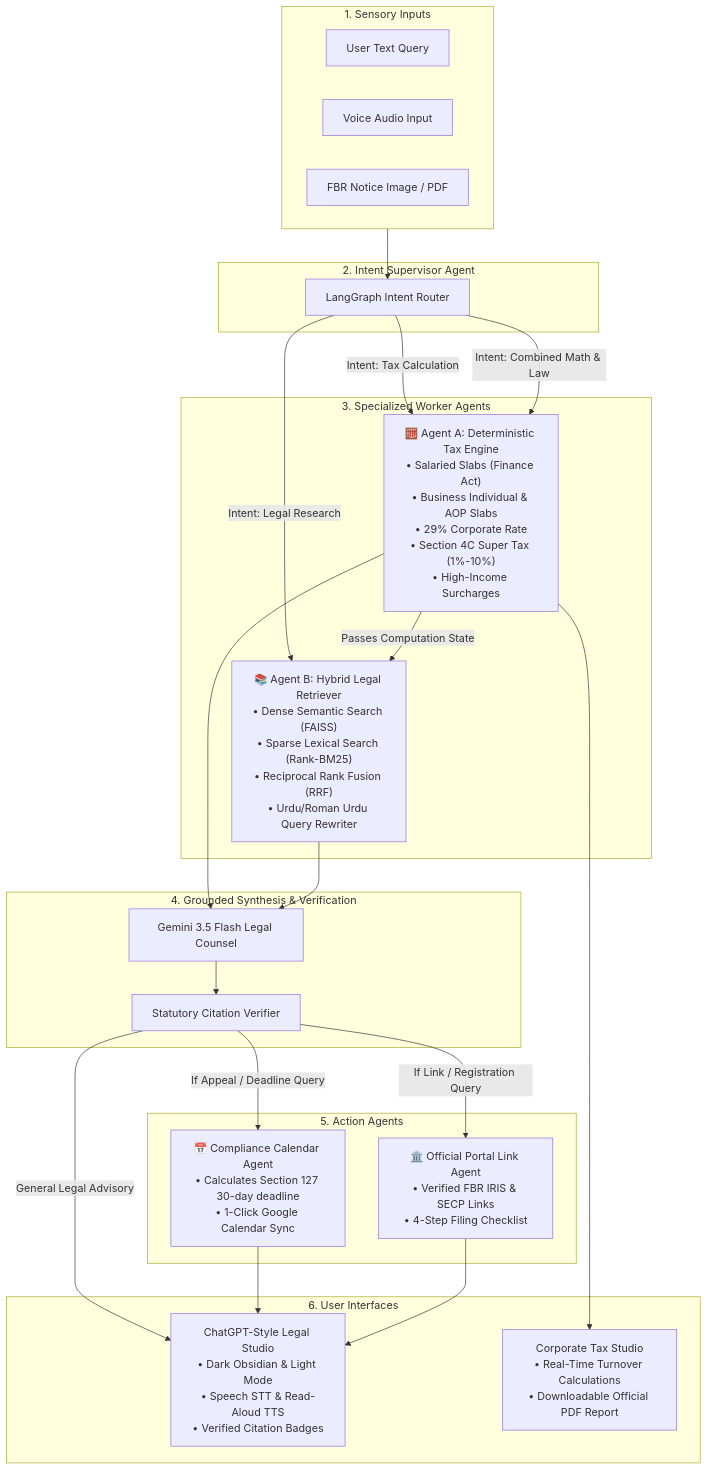
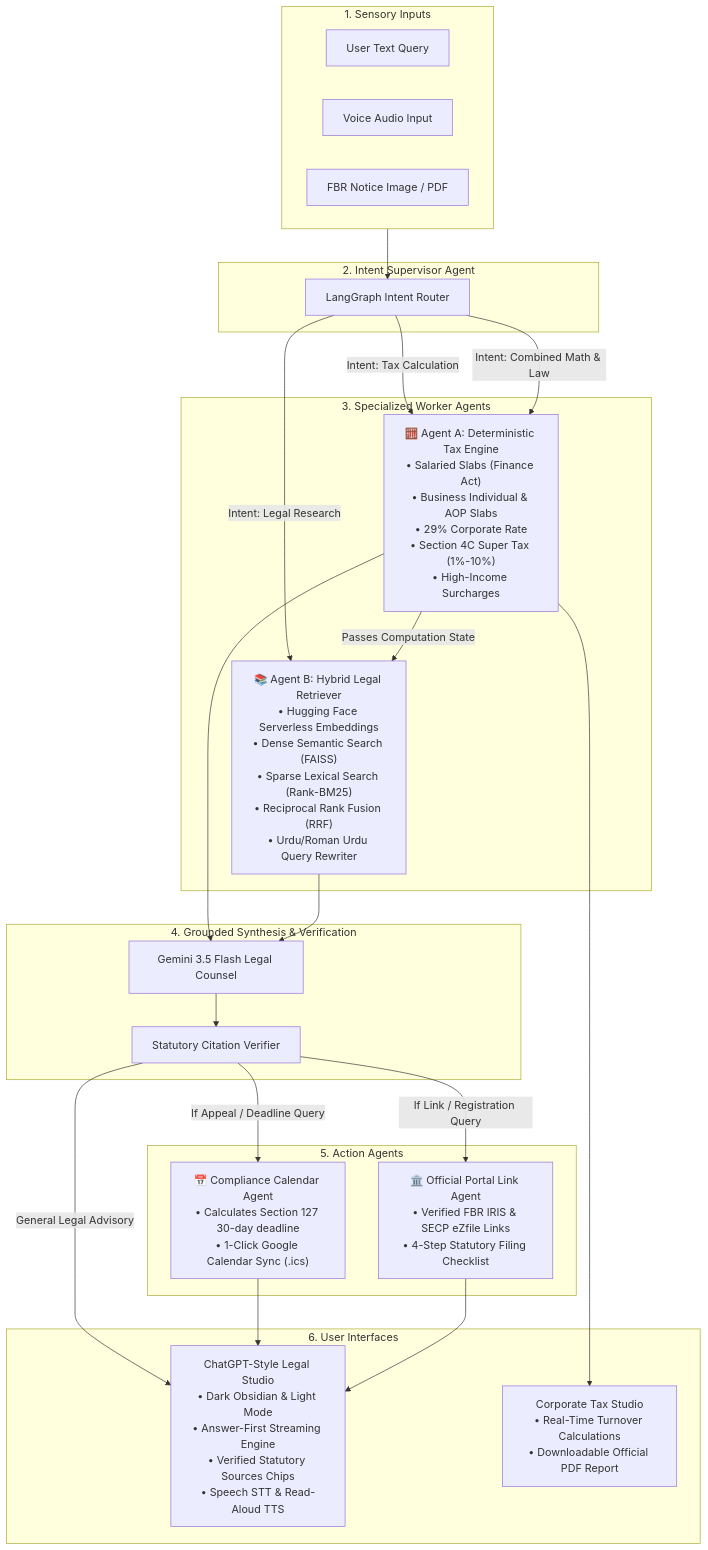
Before and after one commit to hassn12-3/Pakistan-BusinessTax-HUB: the diagram in README.md, drawn with Mermaid. The commit also changed other lines of this file and 8 other files, not shown here.

Commit message:
feat: complete agentic workflow for dual questions, full tax summary, answer-first streaming, and HF hybrid search

````diff
--- a/README.md
+++ b/README.md
@@ -33,49 +37,49 @@
 ```mermaid
 graph TD
     subgraph Inputs [1. Sensory Inputs]
         TextInput[User Text Query]
         VoiceSTT[Voice Audio Input]
         NoticeImg[FBR Notice Image / PDF]
     end
 
     subgraph Router [2. Intent Supervisor Agent]
         Supervisor[LangGraph Intent Router]
     end
 
     subgraph Workers [3. Specialized Worker Agents]
         TaxEngine["🧮 Agent A: Deterministic Tax Engine<br>• Salaried Slabs (Finance Act)<br>• Business Individual & AOP Slabs<br>• 29% Corporate Rate<br>• Section 4C Super Tax (1%-10%)<br>• High-Income Surcharges"]
-        LegalRetriever["📚 Agent B: Hybrid Legal Retriever<br>• Dense Semantic Search (FAISS)<br>• Sparse Lexical Search (Rank-BM25)<br>• Reciprocal Rank Fusion (RRF)<br>• Urdu/Roman Urdu Query Rewriter"]
+        LegalRetriever["📚 Agent B: Hybrid Legal Retriever<br>• Hugging Face Serverless Embeddings<br>• Dense Semantic Search (FAISS)<br>• Sparse Lexical Search (Rank-BM25)<br>• Reciprocal Rank Fusion (RRF)<br>• Urdu/Roman Urdu Query Rewriter"]
     end
 
     subgraph Synthesizer [4. Grounded Synthesis & Verification]
         LLMCounsel[Gemini 3.5 Flash Legal Counsel]
         Verifier[Statutory Citation Verifier]
     end
 
     subgraph Actions [5. Action Agents]
-        CalAgent["📅 Compliance Calendar Agent<br>• Calculates Section 127 30-day deadline<br>• 1-Click Google Calendar Sync"]
-        PortalAgent["🏛️ Official Portal Link Agent<br>• Verified FBR IRIS & SECP Links<br>• 4-Step Filing Checklist"]
+        CalAgent["📅 Compliance Calendar Agent<br>• Calculates Section 127 30-day deadline<br>• 1-Click Google Calendar Sync (.ics)"]
+        PortalAgent["🏛️ Official Portal Link Agent<br>• Verified FBR IRIS & SECP eZfile Links<br>• 4-Step Statutory Filing Checklist"]
     end
 
     subgraph Frontend [6. User Interfaces]
-        ChatUI["ChatGPT-Style Legal Studio<br>• Dark Obsidian & Light Mode<br>• Speech STT & Read-Aloud TTS<br>• Verified Citation Badges"]
+        ChatUI["ChatGPT-Style Legal Studio<br>• Dark Obsidian & Light Mode<br>• Answer-First Streaming Engine<br>• Verified Statutory Sources Chips<br>• Speech STT & Read-Aloud TTS"]
         TaxStudio["Corporate Tax Studio<br>• Real-Time Turnover Calculations<br>• Downloadable Official PDF Report"]
     end
 
     Inputs --> Supervisor
     Supervisor -->|Intent: Tax Calculation| TaxEngine
     Supervisor -->|Intent: Legal Research| LegalRetriever
     Supervisor -->|Intent: Combined Math & Law| TaxEngine
     TaxEngine -->|Passes Computation State| LegalRetriever
 
     TaxEngine & LegalRetriever --> LLMCounsel
     LLMCounsel --> Verifier
 
     Verifier -->|If Appeal / Deadline Query| CalAgent
     Verifier -->|If Link / Registration Query| PortalAgent
     Verifier -->|General Legal Advisory| ChatUI
 
     CalAgent --> ChatUI
     PortalAgent --> ChatUI
     TaxEngine --> TaxStudio
 ```
````
